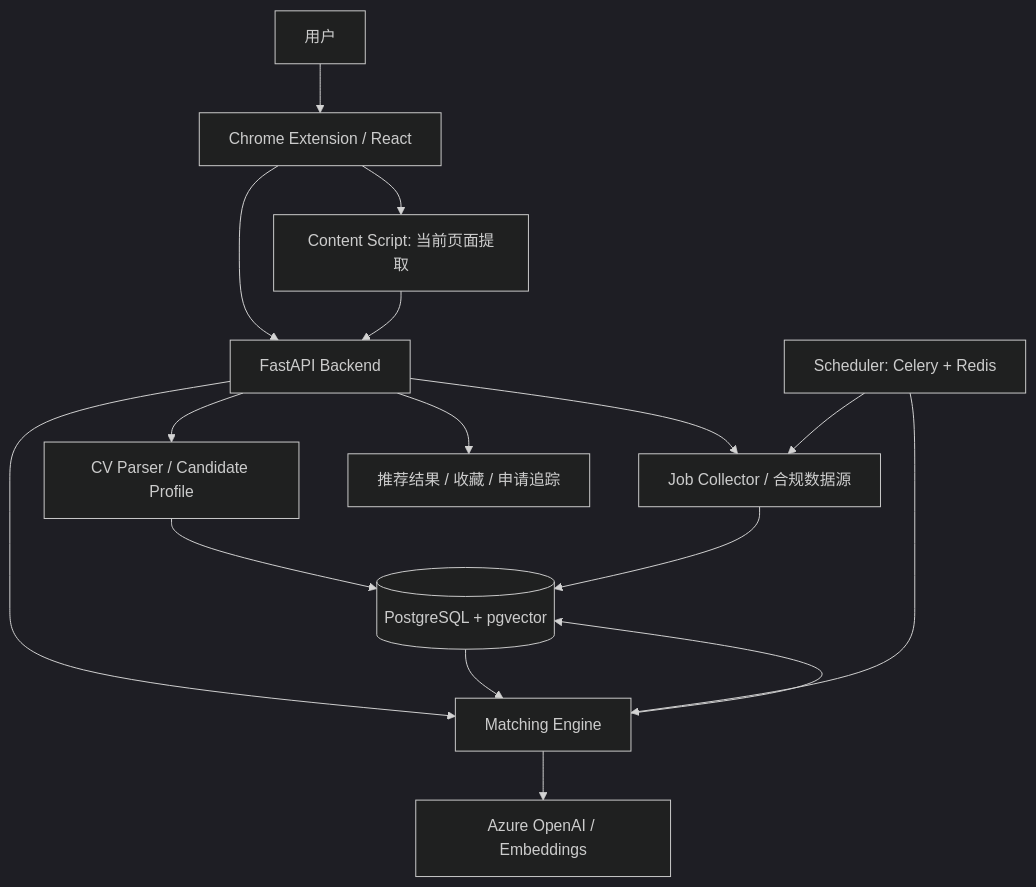
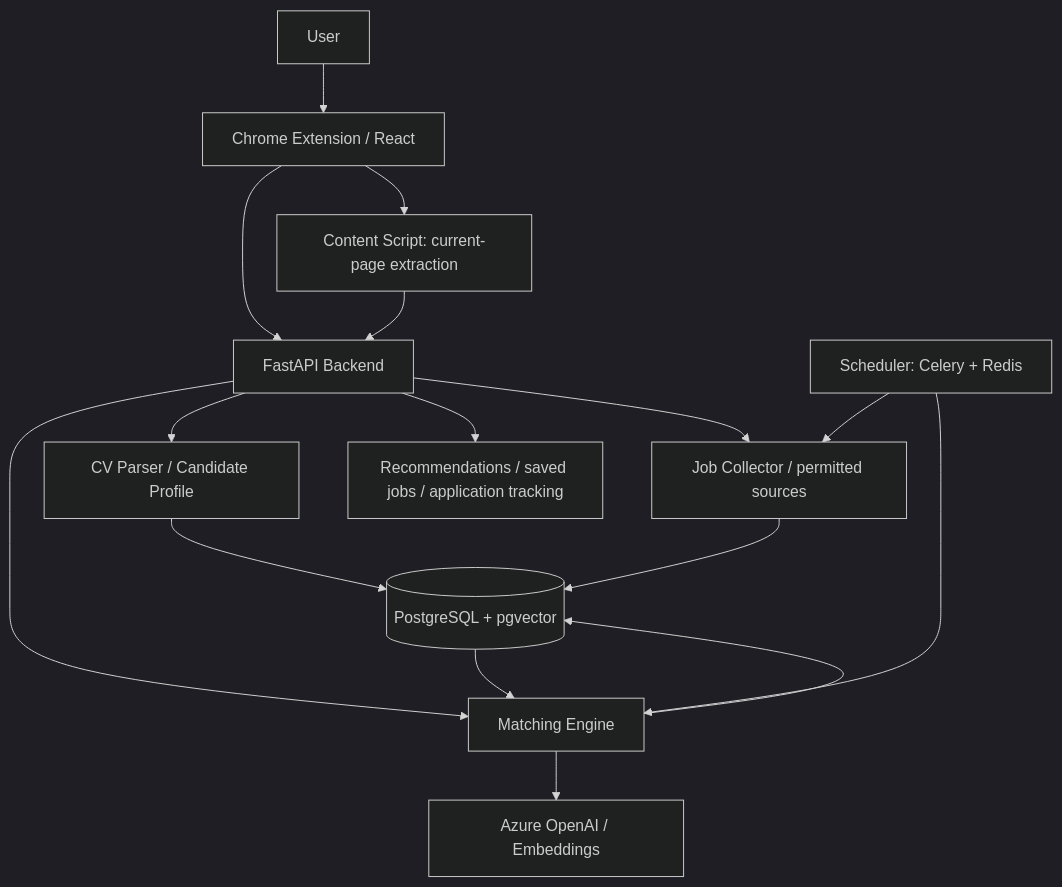
Before and after one commit to TuringChicken/JobPilot: the diagram in JobPilot_AI_Project_Outline.md, drawn with Mermaid (dark theme). The commit also changed other lines of this file and 3 other files, not shown here.

````diff
--- a/JobPilot_AI_Project_Outline.md
+++ b/JobPilot_AI_Project_Outline.md
@@ -37,18 +37,18 @@
 ```mermaid
 flowchart TD
-    U[用户] --> E[Chrome Extension / React]
+    U[User] --> E[Chrome Extension / React]
     E --> API[FastAPI Backend]
-    E --> CS[Content Script: 当前页面提取]
+    E --> CS[Content Script: current-page extraction]
     CS --> API
     API --> CP[CV Parser / Candidate Profile]
-    API --> JC[Job Collector / 合规数据源]
+    API --> JC[Job Collector / permitted sources]
     API --> ME[Matching Engine]
     CP --> DB[(PostgreSQL + pgvector)]
     JC --> DB
     DB --> ME
     ME --> AO[Azure OpenAI / Embeddings]
     ME --> DB
-    API --> R[推荐结果 / 收藏 / 申请追踪]
+    API --> R[Recommendations / saved jobs / application tracking]
     S[Scheduler: Celery + Redis] --> JC
     S --> ME
 ```
````
